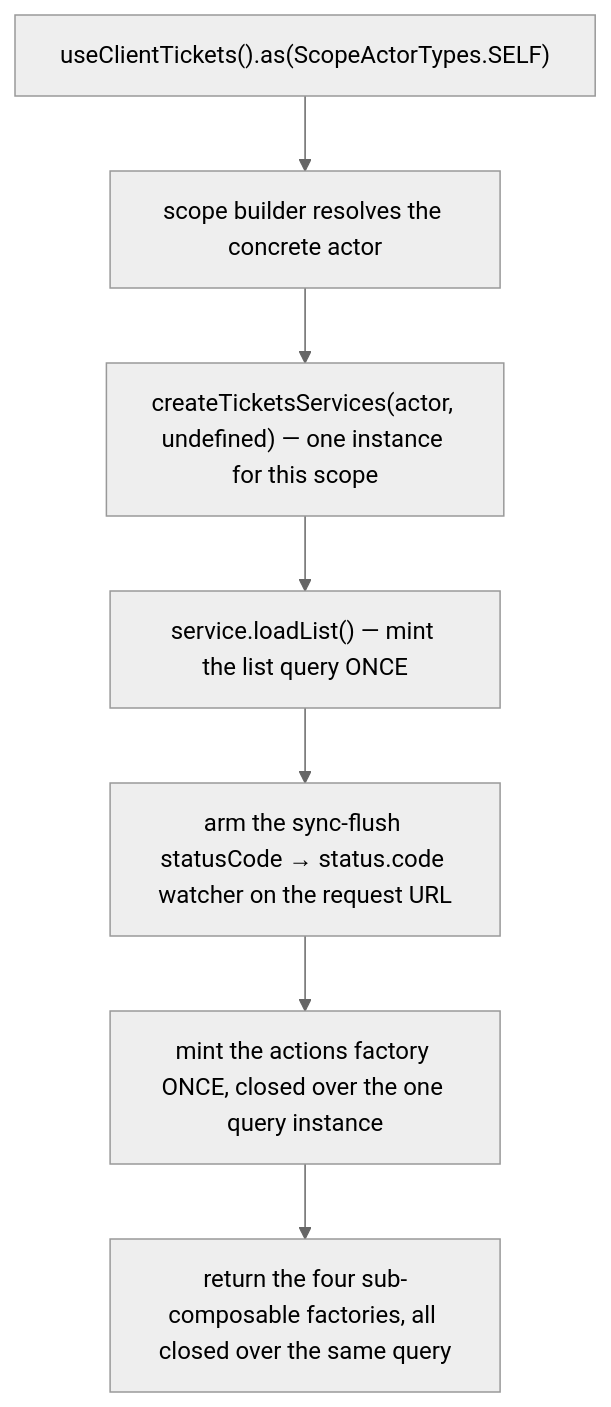
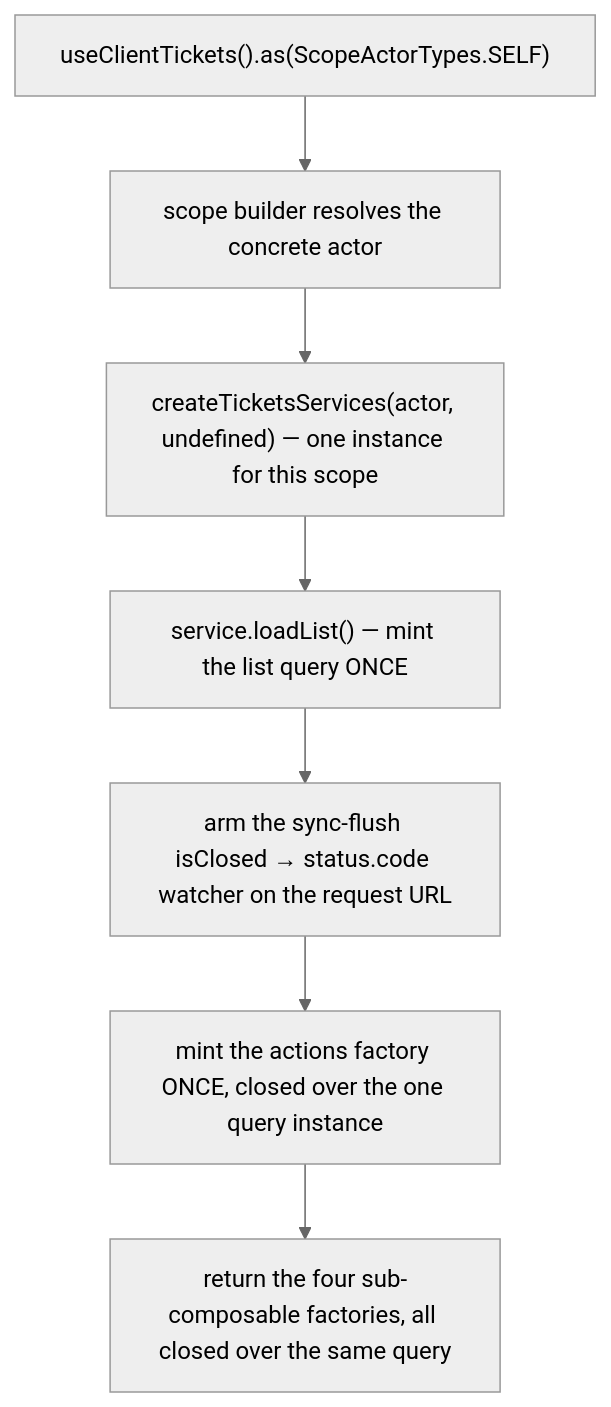
The first of 6 diagrams in packages/headless/src/modules/tickets/docs/architecture.md (upmind/upmind-ui), drawn with Mermaid (neutral theme) before and after one commit. The commit also changed other lines of this file and 20 other files, not shown here.

````diff
--- a/packages/headless/src/modules/tickets/docs/architecture.md
+++ b/packages/headless/src/modules/tickets/docs/architecture.md
@@ -22,9 +22,9 @@
 ```mermaid
 flowchart TD
   call["useClientTickets().as(ScopeActorTypes.SELF)"] --> resolve["scope builder resolves the concrete actor"]
   resolve --> services["createTicketsServices(actor, undefined) — one instance for this scope"]
   services --> mint["service.loadList() — mint the list query ONCE"]
-  mint --> watch["arm the sync-flush statusCode → status.code watcher on the request URL"]
+  mint --> watch["arm the sync-flush isClosed → status.code watcher on the request URL"]
   watch --> actions["mint the actions factory ONCE, closed over the one query instance"]
   actions --> ready["return the four sub-composable factories, all closed over the same query"]
 ```
````
